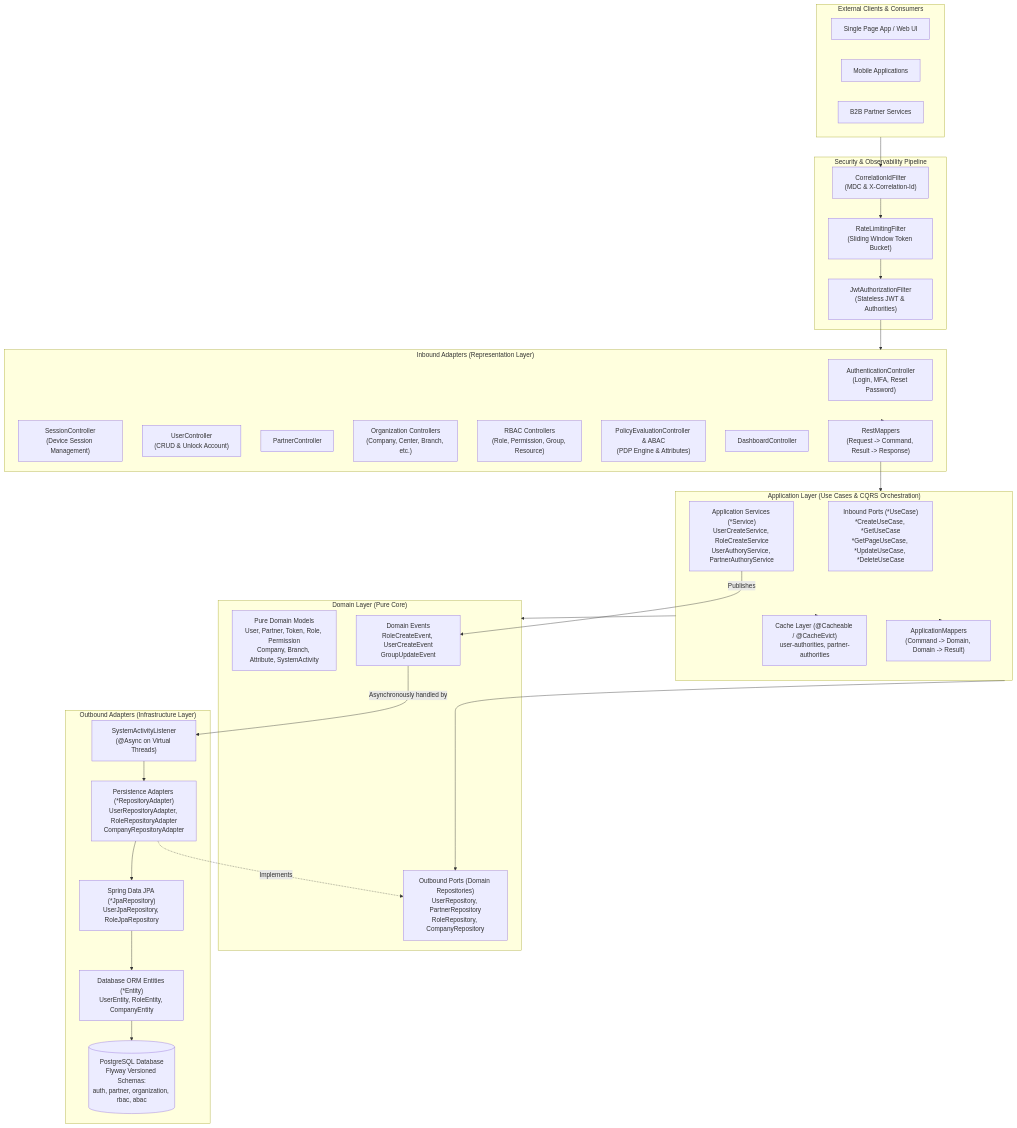
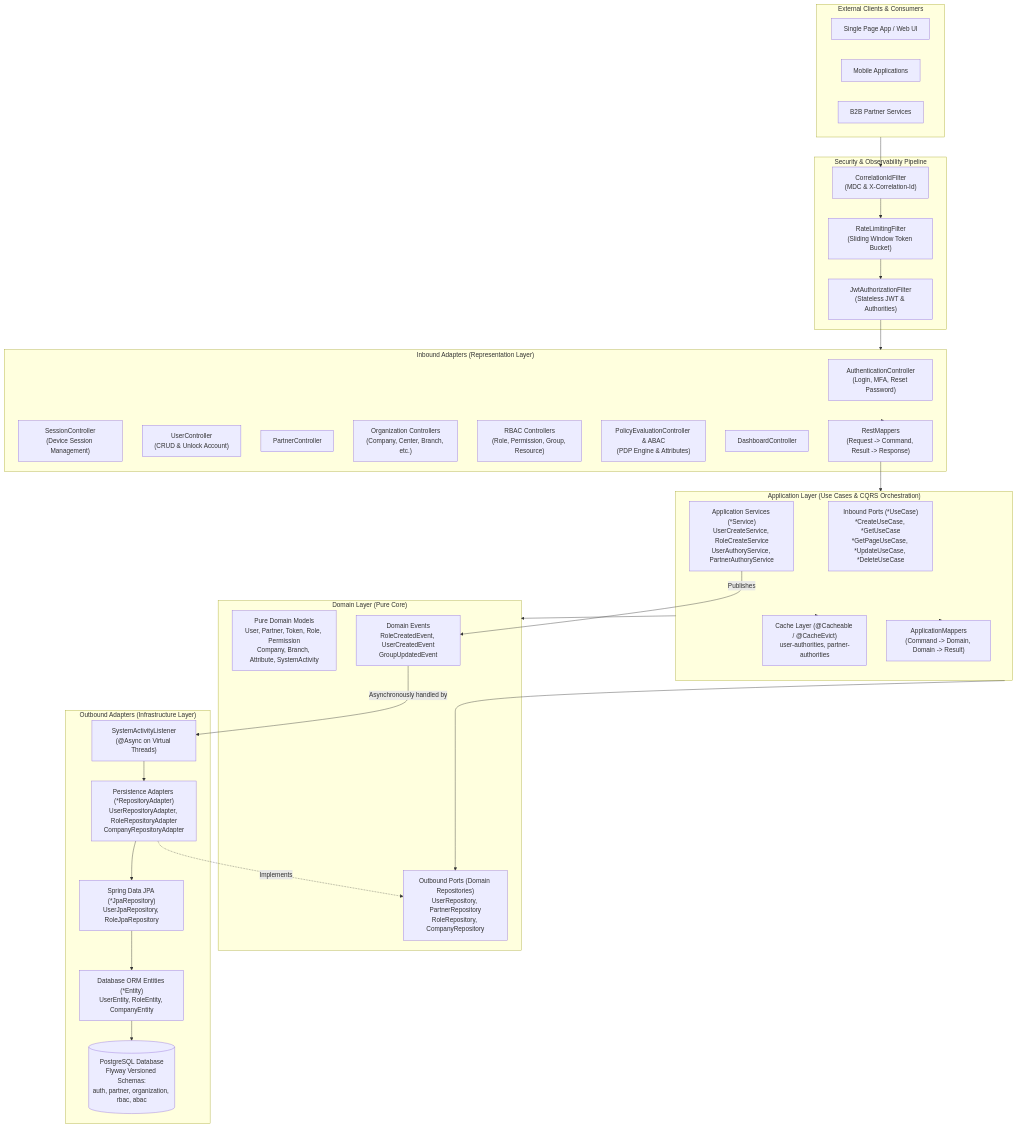
Before and after one commit to linhtn97/authory-service: the diagram in docs/ARCHITECTURE.md, drawn with Mermaid. The commit also changed 36 other files, not shown here.

Commit message:
refactor(events): rename domain events to past tense per DDD conventions (e.g. UserCreatedEvent)

````diff
--- a/docs/ARCHITECTURE.md
+++ b/docs/ARCHITECTURE.md
@@ -29,65 +29,65 @@
 ```mermaid
 graph TD
     subgraph External_Clients ["External Clients & Consumers"]
         SPA["Single Page App / Web UI"]
         MOBILE["Mobile Applications"]
         PARTNER_CLI["B2B Partner Services"]
     end
 
     subgraph Security_Filters ["Security & Observability Pipeline"]
         CORR_FILTER["CorrelationIdFilter<br/>(MDC & X-Correlation-Id)"]
         RATE_FILTER["RateLimitingFilter<br/>(Sliding Window Token Bucket)"]
         JWT_FILTER["JwtAuthorizationFilter<br/>(Stateless JWT & Authorities)"]
     end
 
     subgraph Representation_Layer ["Inbound Adapters (Representation Layer)"]
         REST_AUTH["AuthenticationController<br/>(Login, MFA, Reset Password)"]
         REST_SESSION["SessionController<br/>(Device Session Management)"]
         REST_USER["UserController<br/>(CRUD & Unlock Account)"]
         REST_PARTNER["PartnerController"]
         REST_ORG["Organization Controllers<br/>(Company, Center, Branch, etc.)"]
         REST_RBAC["RBAC Controllers<br/>(Role, Permission, Group, Resource)"]
         REST_ABAC["PolicyEvaluationController & ABAC<br/>(PDP Engine & Attributes)"]
         REST_DASH["DashboardController"]
         REST_MAPPERS["RestMappers<br/>(Request -> Command, Result -> Response)"]
     end
 
     subgraph Application_Layer ["Application Layer (Use Cases & CQRS Orchestration)"]
         USE_CASES["Inbound Ports (*UseCase)<br/>*CreateUseCase, *GetUseCase<br/>*GetPageUseCase, *UpdateUseCase, *DeleteUseCase"]
         SERVICES["Application Services (*Service)<br/>UserCreateService, RoleCreateService<br/>UserAuthoryService, PartnerAuthoryService"]
         CACHE["Cache Layer (@Cacheable / @CacheEvict)<br/>user-authorities, partner-authorities"]
         APP_MAPPERS["ApplicationMappers<br/>(Command -> Domain, Domain -> Result)"]
     end
 
     subgraph Domain_Layer ["Domain Layer (Pure Core)"]
         MODELS["Pure Domain Models<br/>User, Partner, Token, Role, Permission<br/>Company, Branch, Attribute, SystemActivity"]
         REPO_PORTS["Outbound Ports (Domain Repositories)<br/>UserRepository, PartnerRepository<br/>RoleRepository, CompanyRepository"]
-        DOMAIN_EVENTS["Domain Events<br/>RoleCreateEvent, UserCreateEvent<br/>GroupUpdateEvent"]
+        DOMAIN_EVENTS["Domain Events<br/>RoleCreatedEvent, UserCreatedEvent<br/>GroupUpdatedEvent"]
     end
 
     subgraph Infrastructure_Layer ["Outbound Adapters (Infrastructure Layer)"]
         PERSIST_ADAPTERS["Persistence Adapters (*RepositoryAdapter)<br/>UserRepositoryAdapter, RoleRepositoryAdapter<br/>CompanyRepositoryAdapter"]
         JPA_REPOS["Spring Data JPA (*JpaRepository)<br/>UserJpaRepository, RoleJpaRepository"]
         JPA_ENTITIES["Database ORM Entities (*Entity)<br/>UserEntity, RoleEntity, CompanyEntity"]
         ASYNC_LISTENER["SystemActivityListener<br/>(@Async on Virtual Threads)"]
         DB[(PostgreSQL Database<br/>Flyway Versioned Schemas:<br/>auth, partner, organization, rbac, abac)]
     end
 
     External_Clients --> CORR_FILTER
     CORR_FILTER --> RATE_FILTER
     RATE_FILTER --> JWT_FILTER
     JWT_FILTER --> Representation_Layer
     Representation_Layer --> REST_MAPPERS
     REST_MAPPERS --> Application_Layer
     Application_Layer --> CACHE
     Application_Layer --> APP_MAPPERS
     Application_Layer --> Domain_Layer
     Application_Layer --> REPO_PORTS
     PERSIST_ADAPTERS -.->|Implements| REPO_PORTS
     SERVICES -->|Publishes| DOMAIN_EVENTS
     DOMAIN_EVENTS -->|Asynchronously handled by| ASYNC_LISTENER
     ASYNC_LISTENER --> PERSIST_ADAPTERS
     PERSIST_ADAPTERS --> JPA_REPOS
     JPA_REPOS --> JPA_ENTITIES
     JPA_ENTITIES --> DB
 ```
````
